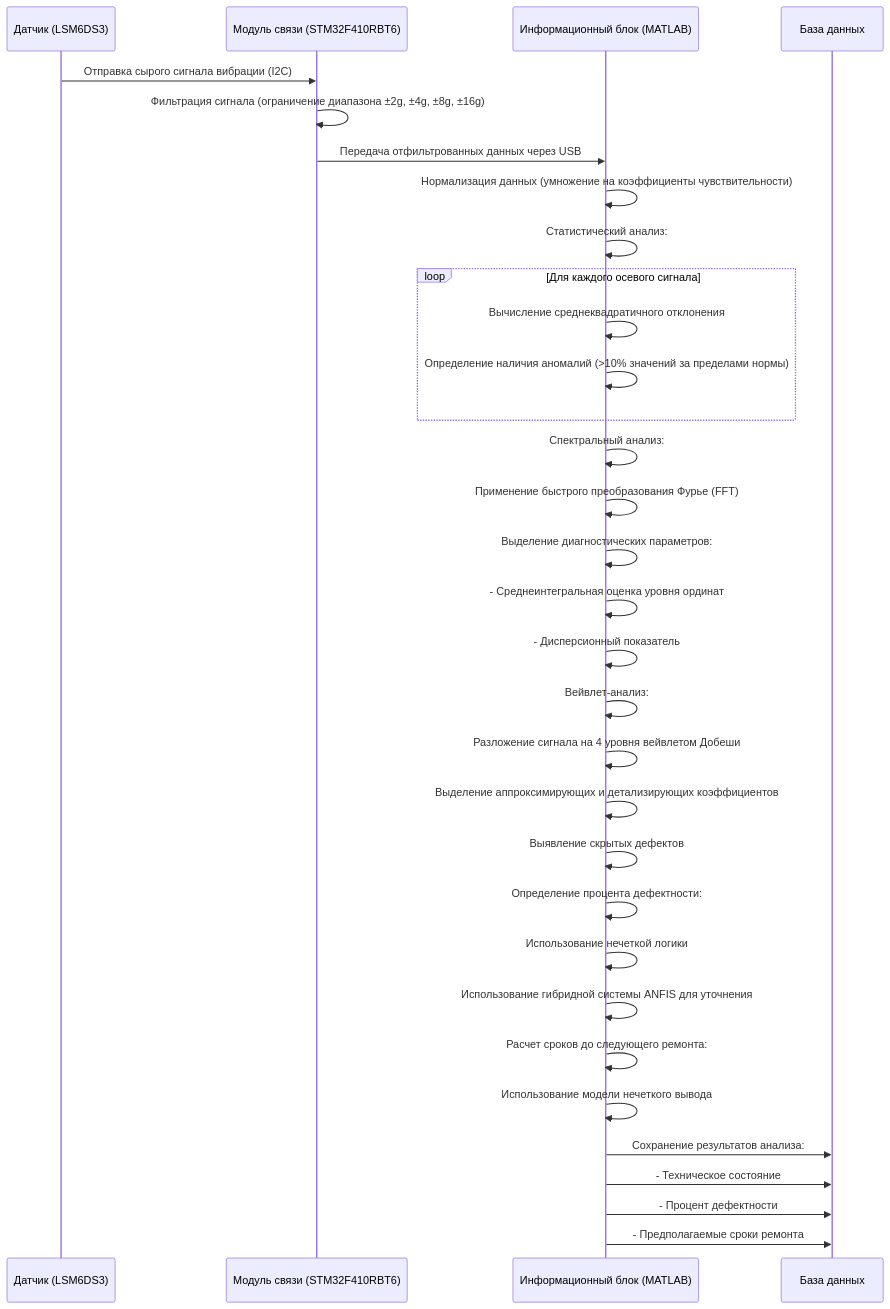
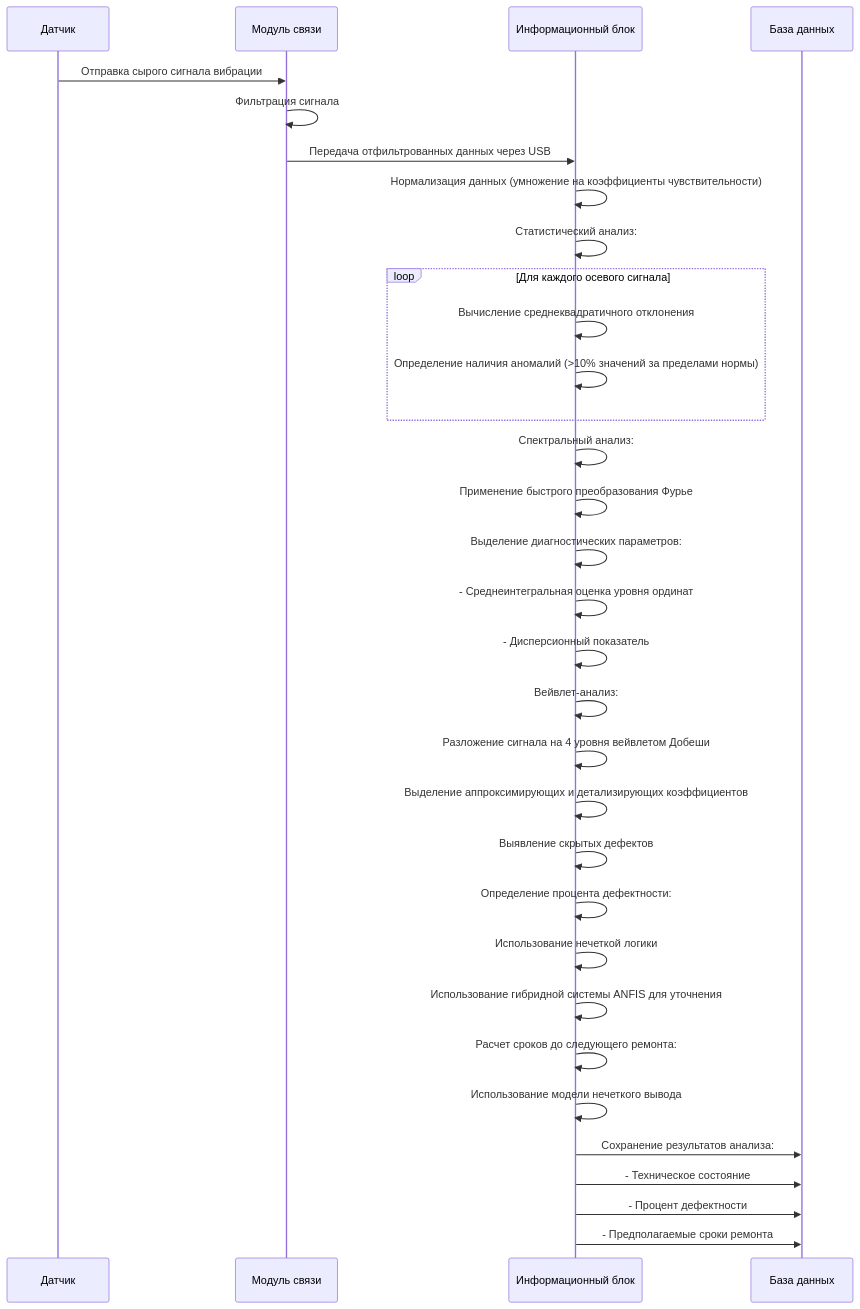
Before and after one commit to zonkytm/diploma-architecture: the diagram in SequenceDiagrams/System.md, drawn with Mermaid. The commit also changed other lines of this file and 2 other files, not shown here.

Commit message:
Доработка схем разделение на микросервисы

````diff
--- a/SequenceDiagrams/System.md
+++ b/SequenceDiagrams/System.md
@@ -1,40 +2,40 @@
 ```mermaid
 sequenceDiagram
-    participant Sensor as Датчик (LSM6DS3)
-    participant Module as Модуль связи (STM32F410RBT6)
-    participant InfoBlock as Информационный блок (MATLAB)
+    participant Sensor as Датчик
+    participant Module as Модуль связи
+    participant InfoBlock as Информационный блок
     participant DB as База данных
     
-    Sensor->>Module: Отправка сырого сигнала вибрации (I2C)
-    Module->>Module: Фильтрация сигнала (ограничение диапазона ±2g, ±4g, ±8g, ±16g)
+    Sensor->>Module: Отправка сырого сигнала вибрации
+    Module->>Module: Фильтрация сигнала
     Module->>InfoBlock: Передача отфильтрованных данных через USB
     InfoBlock->>InfoBlock: Нормализация данных (умножение на коэффициенты чувствительности)
     
     InfoBlock->>InfoBlock: Статистический анализ:
     loop Для каждого осевого сигнала
         InfoBlock->>InfoBlock: Вычисление среднеквадратичного отклонения
         InfoBlock->>InfoBlock: Определение наличия аномалий (>10% значений за пределами нормы)
     end
     
     InfoBlock->>InfoBlock: Спектральный анализ:
-    InfoBlock->>InfoBlock: Применение быстрого преобразования Фурье (FFT)
+    InfoBlock->>InfoBlock: Применение быстрого преобразования Фурье
     InfoBlock->>InfoBlock: Выделение диагностических параметров:
     InfoBlock->>InfoBlock: - Среднеинтегральная оценка уровня ординат
     InfoBlock->>InfoBlock: - Дисперсионный показатель
     
     InfoBlock->>InfoBlock: Вейвлет-анализ:
     InfoBlock->>InfoBlock: Разложение сигнала на 4 уровня вейвлетом Добеши
     InfoBlock->>InfoBlock: Выделение аппроксимирующих и детализирующих коэффициентов
     InfoBlock->>InfoBlock: Выявление скрытых дефектов
     
     InfoBlock->>InfoBlock: Определение процента дефектности:
     InfoBlock->>InfoBlock: Использование нечеткой логики
     InfoBlock->>InfoBlock: Использование гибридной системы ANFIS для уточнения
     
     InfoBlock->>InfoBlock: Расчет сроков до следующего ремонта:
     InfoBlock->>InfoBlock: Использование модели нечеткого вывода
     InfoBlock->>DB: Сохранение результатов анализа:
     InfoBlock->>DB: - Техническое состояние
     InfoBlock->>DB: - Процент дефектности
     InfoBlock->>DB: - Предполагаемые сроки ремонта
 ```
````
